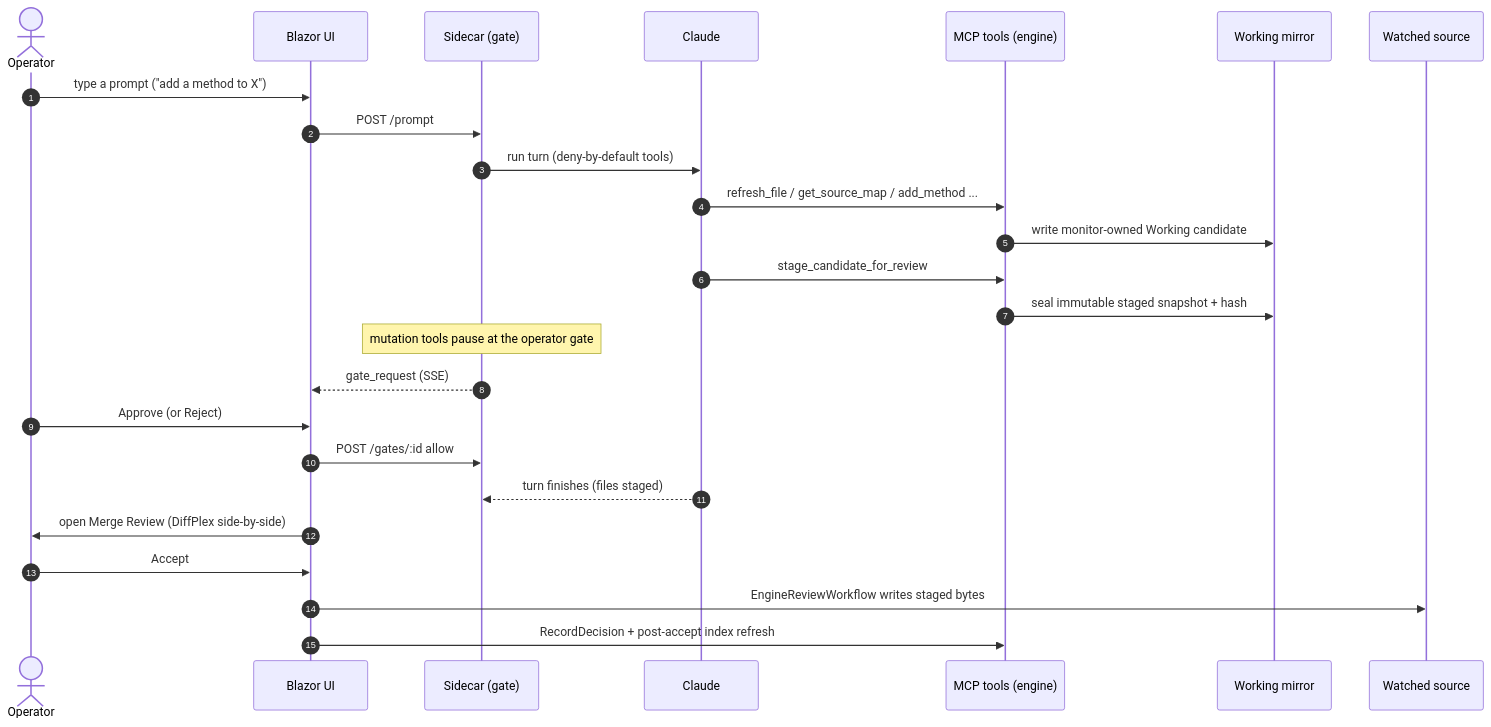
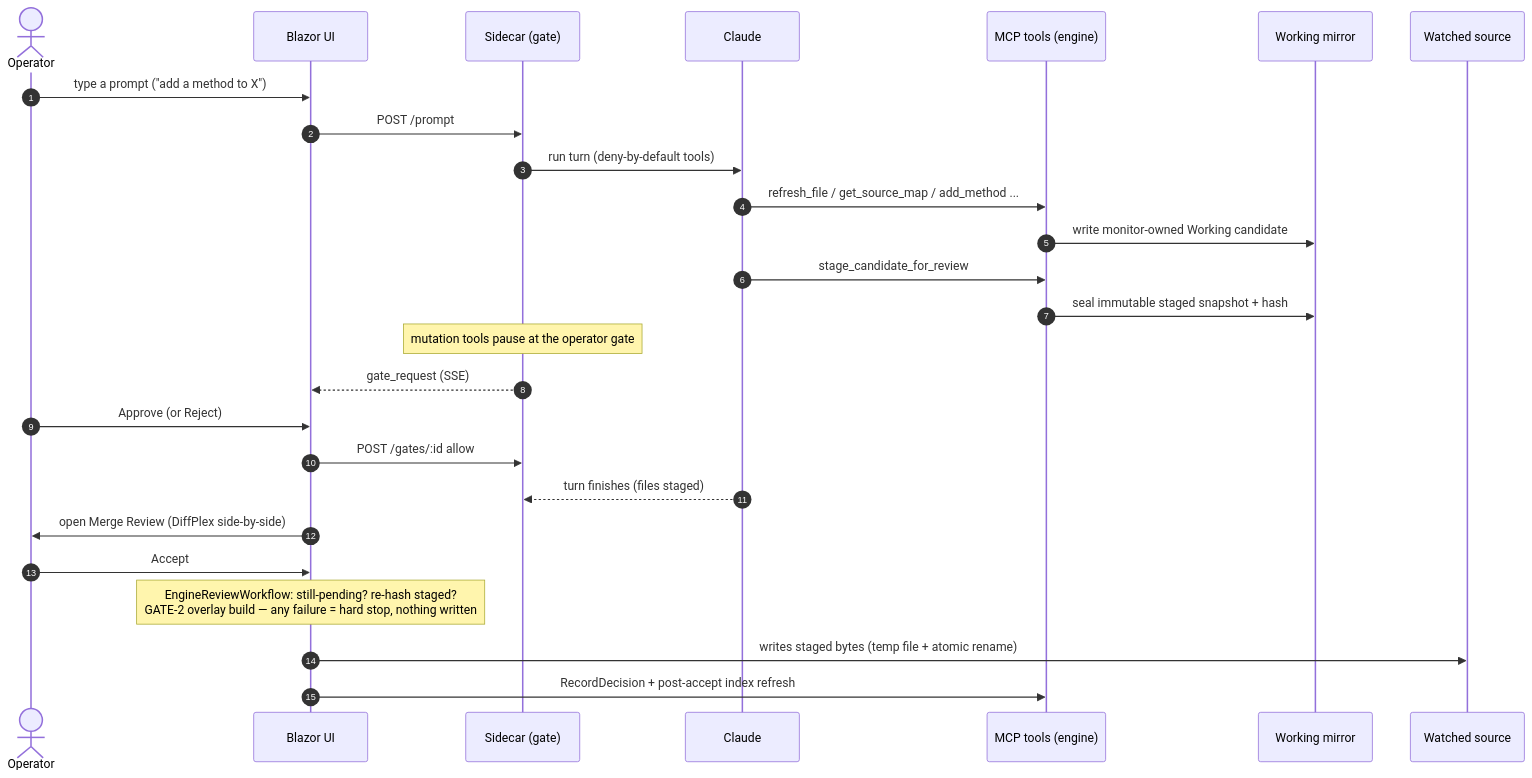
Before and after one commit to rdavi10471a2/ClaudeWorkbench: the third of 5 diagrams in docs/architecture/Architecture.md, drawn with Mermaid. The commit also changed other lines of this file and 21 other files, not shown here.

````diff
--- a/docs/architecture/Architecture.md
+++ b/docs/architecture/Architecture.md
@@ -114,28 +133,29 @@
 ```mermaid
 sequenceDiagram
     autonumber
     actor Op as Operator
     participant UI as Blazor UI
     participant Side as Sidecar (gate)
     participant Claude
     participant MCP as MCP tools (engine)
     participant Work as Working mirror
     participant Src as Watched source
 
     Op->>UI: type a prompt ("add a method to X")
     UI->>Side: POST /prompt
     Side->>Claude: run turn (deny-by-default tools)
     Claude->>MCP: refresh_file / get_source_map / add_method ...
     MCP->>Work: write monitor-owned Working candidate
     Claude->>MCP: stage_candidate_for_review
     MCP->>Work: seal immutable staged snapshot + hash
     Note over Side: mutation tools pause at the operator gate
     Side-->>UI: gate_request (SSE)
     Op->>UI: Approve (or Reject)
     UI->>Side: POST /gates/:id allow
     Claude-->>Side: turn finishes (files staged)
     UI->>Op: open Merge Review (DiffPlex side-by-side)
     Op->>UI: Accept
-    UI->>Src: EngineReviewWorkflow writes staged bytes
+    Note over UI: EngineReviewWorkflow: still-pending? re-hash staged?<br/>GATE-2 overlay build — any failure = hard stop, nothing written
+    UI->>Src: writes staged bytes (temp file + atomic rename)
     UI->>MCP: RecordDecision + post-accept index refresh
 ```
````
